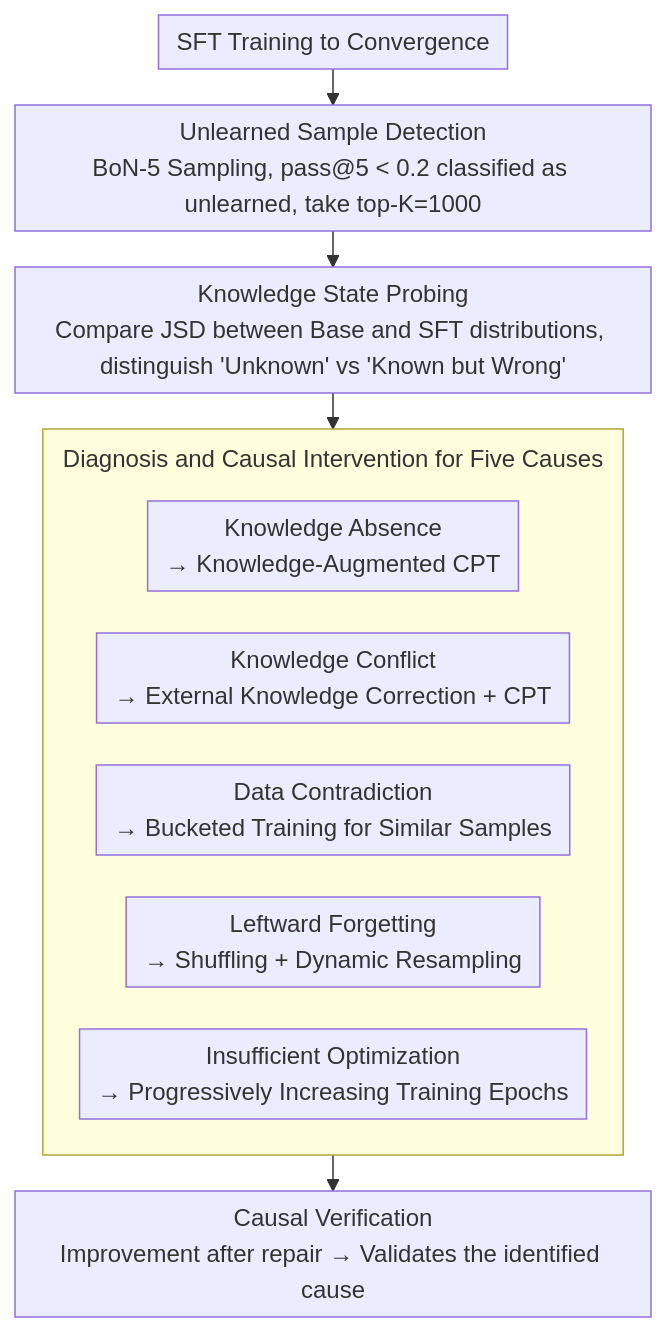
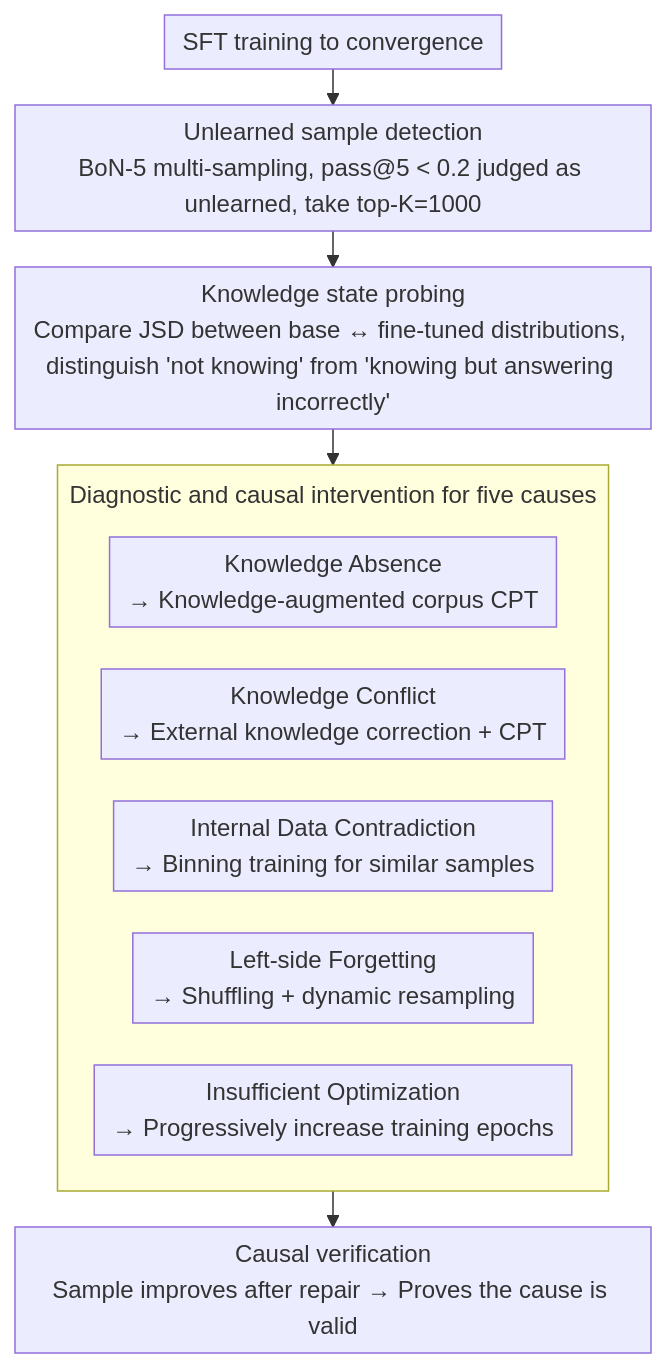
The diagram in docs/ACL2026/llm_alignment/why_supervised_fine-tuning_fails_to_learn_a_systematic_study_of_incomplete_learn.md (zhaoyang97/Paper-Notes-en), drawn with Mermaid before and after one commit. The commit also changed other lines of this file and 5084 other files, not shown here.

````diff
--- a/docs/ACL2026/llm_alignment/why_supervised_fine-tuning_fails_to_learn_a_systematic_study_of_incomplete_learn.md
+++ b/docs/ACL2026/llm_alignment/why_supervised_fine-tuning_fails_to_learn_a_systematic_study_of_incomplete_learn.md
@@ -44,15 +44,15 @@
 ```mermaid
 %%{init: {'flowchart': {'rankSpacing': 24, 'nodeSpacing': 28, 'padding': 6, 'wrappingWidth': 400, 'subGraphTitleMargin': {'top': 8, 'bottom': 16}}}}%%
 flowchart TD
-    A["SFT Training to Convergence"] --> B["Unlearned Sample Detection<br/>BoN-5 Sampling, pass@5 < 0.2 classified as unlearned, take top-K=1000"]
-    B --> C["Knowledge State Probing<br/>Compare JSD between Base and SFT distributions, distinguish 'Unknown' vs 'Known but Wrong'"]
-    subgraph D["Diagnosis and Causal Intervention for Five Causes"]
-        D1["Knowledge Absence<br/>→ Knowledge-Augmented CPT"]
-        D2["Knowledge Conflict<br/>→ External Knowledge Correction + CPT"]
-        D3["Data Contradiction<br/>→ Bucketed Training for Similar Samples"]
-        D4["Leftward Forgetting<br/>→ Shuffling + Dynamic Resampling"]
-        D5["Insufficient Optimization<br/>→ Progressively Increasing Training Epochs"]
+    A["SFT training to convergence"] --> B["Unlearned sample detection<br/>BoN-5 multi-sampling, pass@5 < 0.2 judged as unlearned, take top-K=1000"]
+    B --> C["Knowledge state probing<br/>Compare JSD between base ↔ fine-tuned distributions, distinguish 'not knowing' from 'knowing but answering incorrectly'"]
+    subgraph D["Diagnostic and causal intervention for five causes"]
+        D1["Knowledge Absence<br/>→ Knowledge-augmented corpus CPT"]
+        D2["Knowledge Conflict<br/>→ External knowledge correction + CPT"]
+        D3["Internal Data Contradiction<br/>→ Binning training for similar samples"]
+        D4["Left-side Forgetting<br/>→ Shuffling + dynamic resampling"]
+        D5["Insufficient Optimization<br/>→ Progressively increase training epochs"]
     end
     C --> D
-    D --> E["Causal Verification<br/>Improvement after repair → Validates the identified cause"]
+    D --> E["Causal verification<br/>Sample improves after repair → Proves the cause is valid"]
 ```
````
